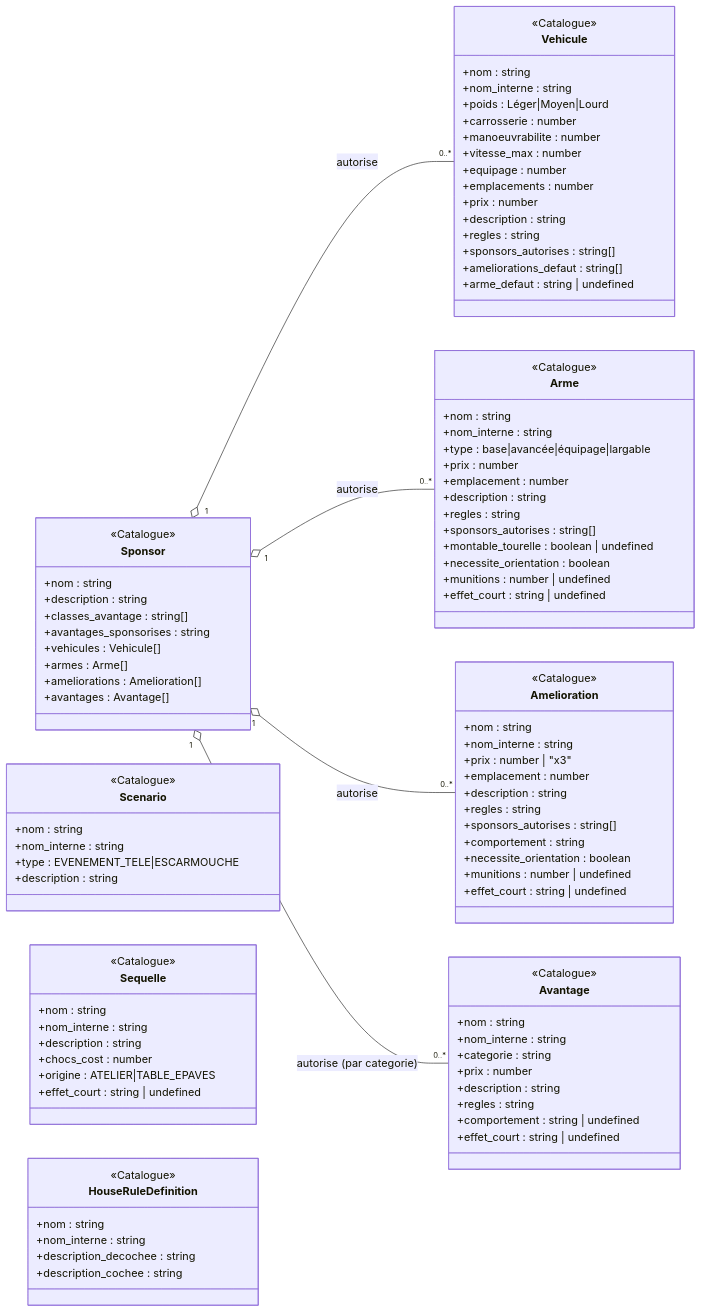
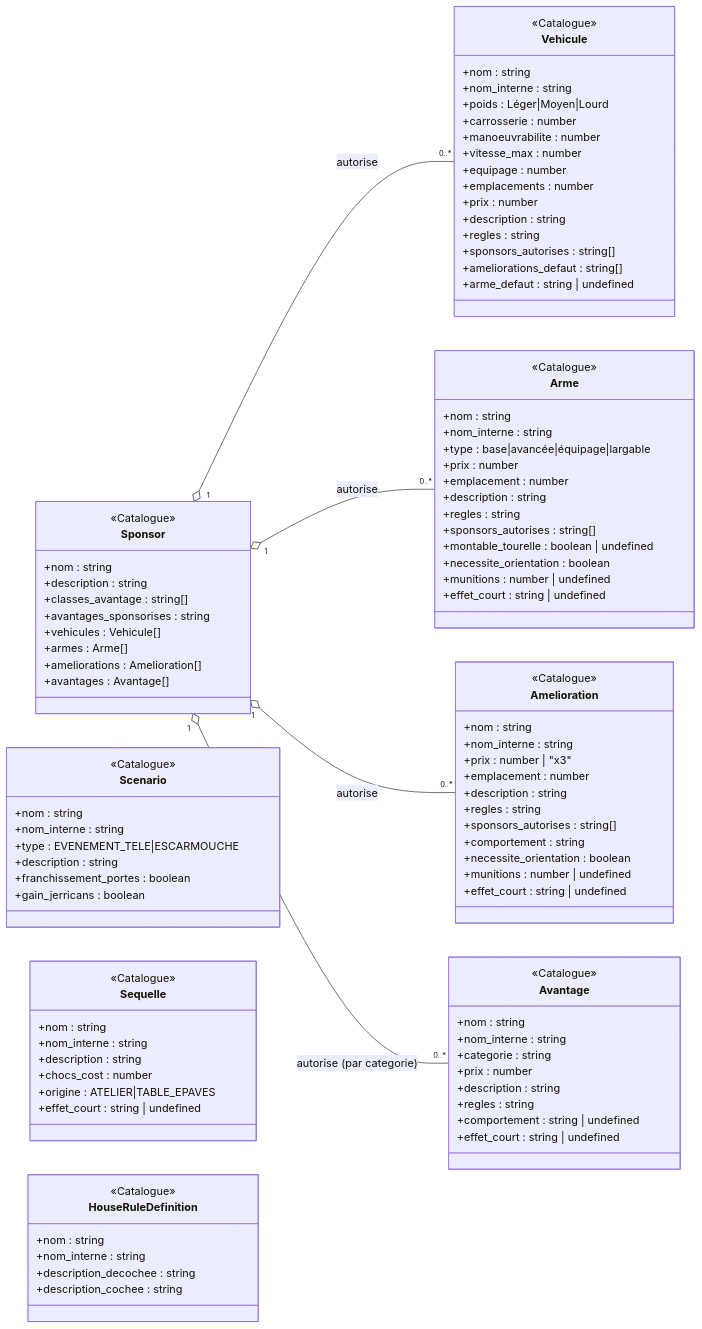
Before and after one commit to arnaudbracchetti/gaslands-manager: the third of 6 diagrams in docs/DOMAIN_MODEL.md, drawn with Mermaid. The commit also changed other lines of this file and 20 other files, not shown here.

```diff
--- a/docs/DOMAIN_MODEL.md
+++ b/docs/DOMAIN_MODEL.md
@@ -532,6 +432,8 @@
         +nom_interne : string
         +type : EVENEMENT_TELE|ESCARMOUCHE
         +description : string
+        +franchissement_portes : boolean
+        +gain_jerricans : boolean
     }
 
     class Sequelle {
```
